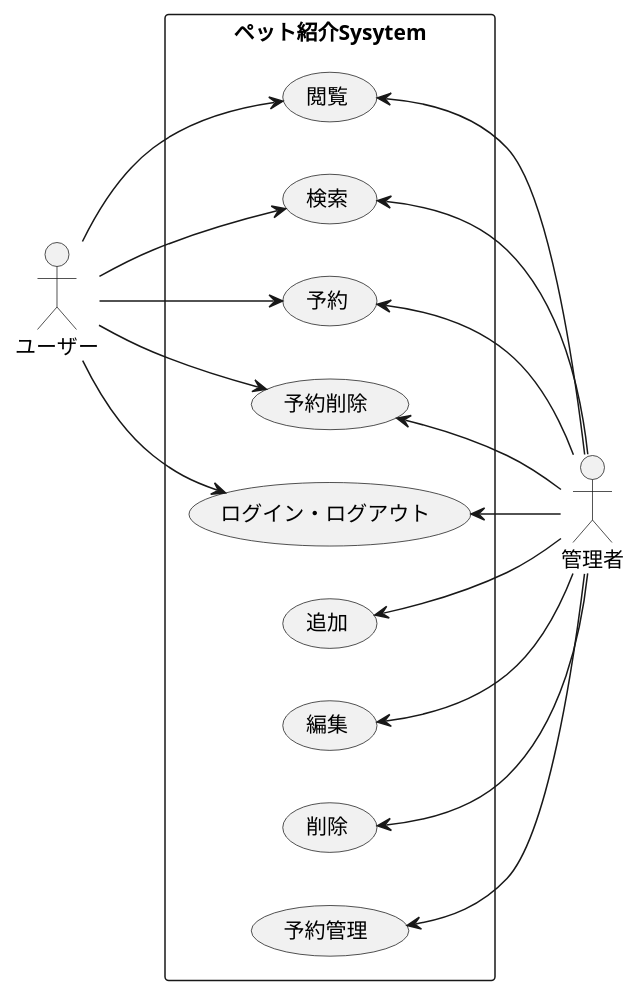
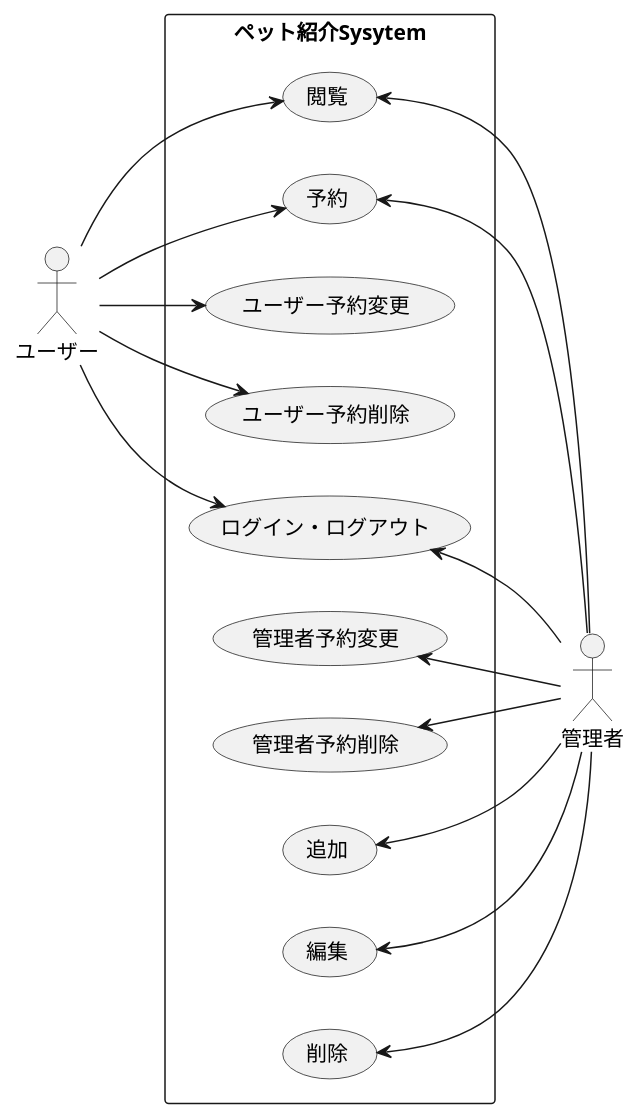
Before and after one commit to Tyamanaka07/WebSystem: the diagram in UML/usecase.pu, drawn with PlantUML.

Commit message:
ああ

```diff
--- a/UML/usecase.pu
+++ b/UML/usecase.pu
@@ -1,23 +1,23 @@
 @startuml
 left to right direction
 actor ユーザー
 actor 管理者
 
 rectangle ペット紹介Sysytem{
 	ユーザー --> (閲覧)
-	ユーザー --> (検索)
 	ユーザー --> (予約)
-	ユーザー --> (予約削除)
+	ユーザー --> (ユーザー予約変更)
+	ユーザー --> (ユーザー予約削除)
 	ユーザー --> (ログイン・ログアウト)
 
+	(閲覧)     <--管理者
 	(予約)     <--管理者
-	(予約削除) <--管理者
-	(閲覧)     <--管理者
-	(検索)     <--管理者
+	(管理者予約変更) <--管理者
+	(管理者予約削除) <--管理者
+	(ログイン・ログアウト)<--管理者
 	(追加)     <--管理者
 	(編集)     <--管理者
 	(削除)     <--管理者
-	(予約管理) <--管理者
-	(ログイン・ログアウト)<--管理者
+
 }
 @enduml
```
